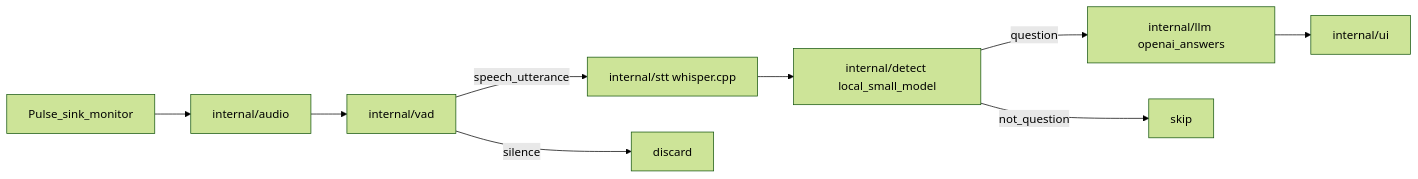
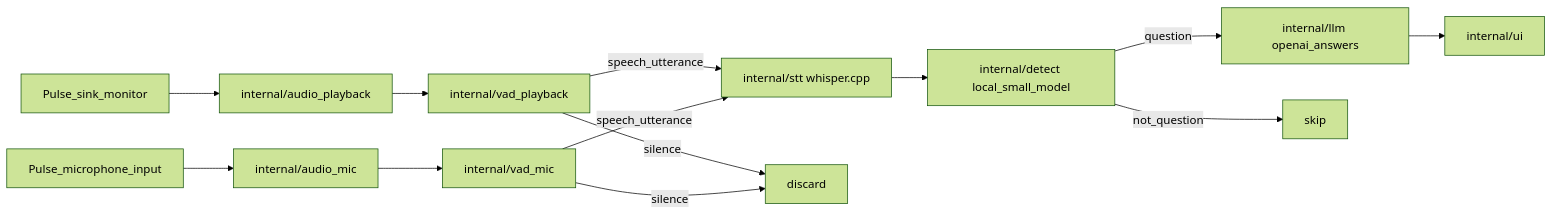
One commit to Legion112/meeting-sidecar changed the diagram in README.md. Above: the diagram before and after it, drawn with Mermaid (forest theme). The commit also changed other lines of this file and 13 other files, not shown here.

First line of the commit message:
Run microphone and playback as separate pipelines with colored transcript.

````diff
--- a/README.md
+++ b/README.md
@@ -20,16 +20,22 @@
 ```mermaid
 flowchart LR
   PulseMonitor[Pulse_sink_monitor]
-  Cap[internal/audio]
-  VAD[internal/vad]
+  MicInput[Pulse_microphone_input]
+  CapPB[internal/audio_playback]
+  CapMic[internal/audio_mic]
+  VADpb[internal/vad_playback]
+  VADmic[internal/vad_mic]
   Whisper[internal/stt whisper.cpp]
   Gate[internal/detect local_small_model]
   GPT[internal/llm openai_answers]
   HUD[internal/ui]
-  PulseMonitor --> Cap --> VAD
-  VAD -->|"speech_utterance"| Whisper
-  VAD -->|"silence"| SilenceDrop[discard]
+  PulseMonitor --> CapPB --> VADpb
+  MicInput --> CapMic --> VADmic
+  VADpb -->|"speech_utterance"| Whisper
+  VADmic -->|"speech_utterance"| Whisper
+  VADpb -->|"silence"| SilenceDrop[discard]
+  VADmic -->|"silence"| SilenceDrop
   Whisper --> Gate
   Gate -->|"question"| GPT --> HUD
   Gate -->|"not_question"| Skip[skip]
 ```
````
